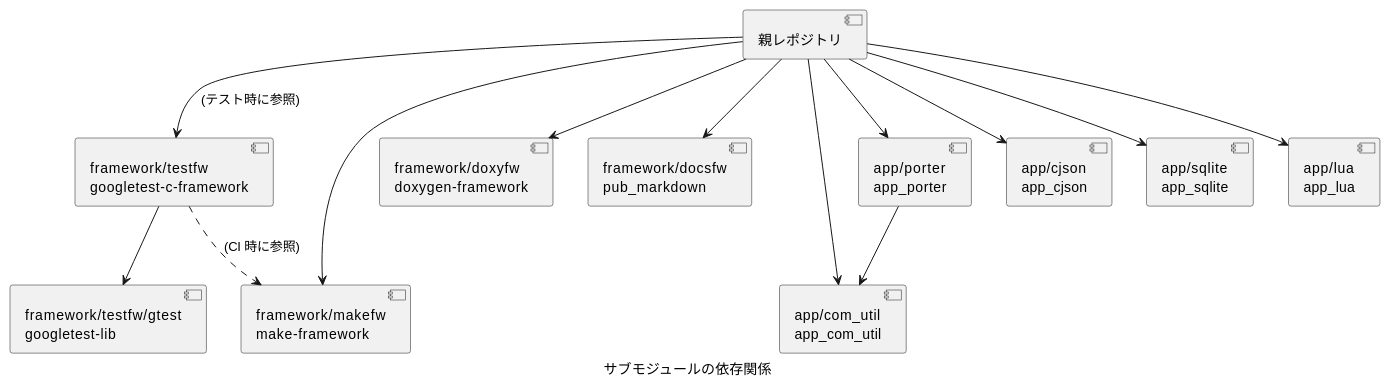
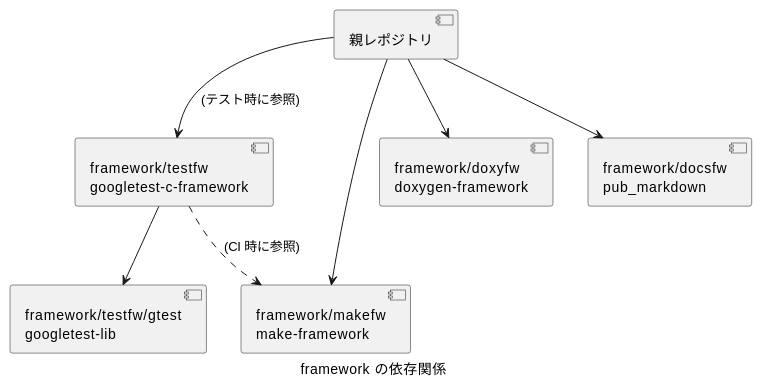
Before and after one commit to Hondarer/doxygen-sample: the diagram in README.md, drawn with PlantUML. The commit also changed other lines of this file and 1 other file, not shown here.

Commit message:
ルート AGENTS.md と README.md から app 個別内容の記述を分離
app/ 配下は framework を組み合わせて個別に機能提供する層であり、
上位規範文書は framework と一般論のみを扱う方針に統一する。
AGENTS.md の作業時の入口にあった calc/calc.net の個別説明、
README.md のサブモジュール個別機能説明と依存関係図の app 個別
コンポーネントを削除・一般化した。

````diff
--- a/README.md
+++ b/README.md
@@ -55,30 +50,19 @@
 ```plantuml
-@startuml サブモジュールの依存関係
-    caption サブモジュールの依存関係
+@startuml framework の依存関係
+    caption framework の依存関係
     component "framework/testfw/gtest\ngoogletest-lib" as gtest
     component "framework/testfw\ngoogletest-c-framework" as testfw
     component "framework/makefw\nmake-framework" as makefw
     component "framework/doxyfw\ndoxygen-framework" as doxyfw
     component "framework/docsfw\npub_markdown" as docsfw
-    component "app/com_util\napp_com_util" as com_util
-    component "app/porter\napp_porter" as porter
-    component "app/cjson\napp_cjson" as cjson
-    component "app/sqlite\napp_sqlite" as sqlite
-    component "app/lua\napp_lua" as lua
     component "親レポジトリ" as this
 
     testfw --> gtest
     testfw ..> makefw : (CI 時に参照)
-    porter --> com_util
-    this --> com_util
-    this --> porter
-    this --> cjson
-    this --> sqlite
-    this --> lua
     this --> doxyfw
     this --> docsfw
     this --> makefw
     this --> testfw : (テスト時に参照)
 
 @enduml
 ```
````
